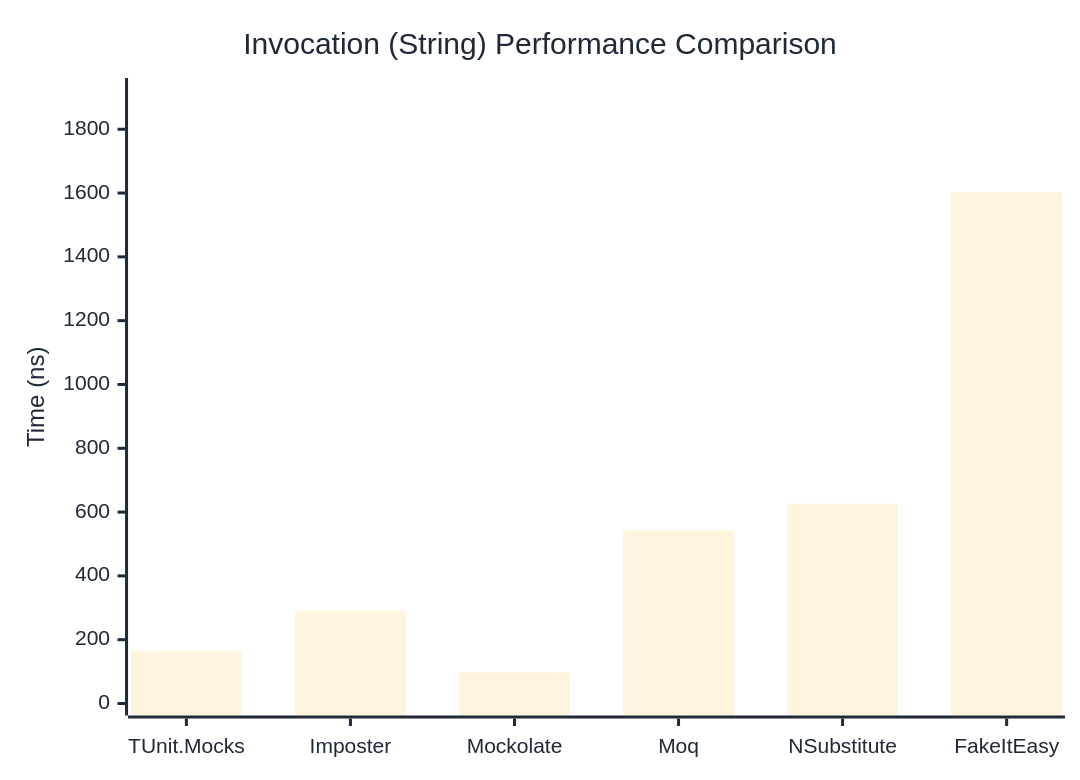
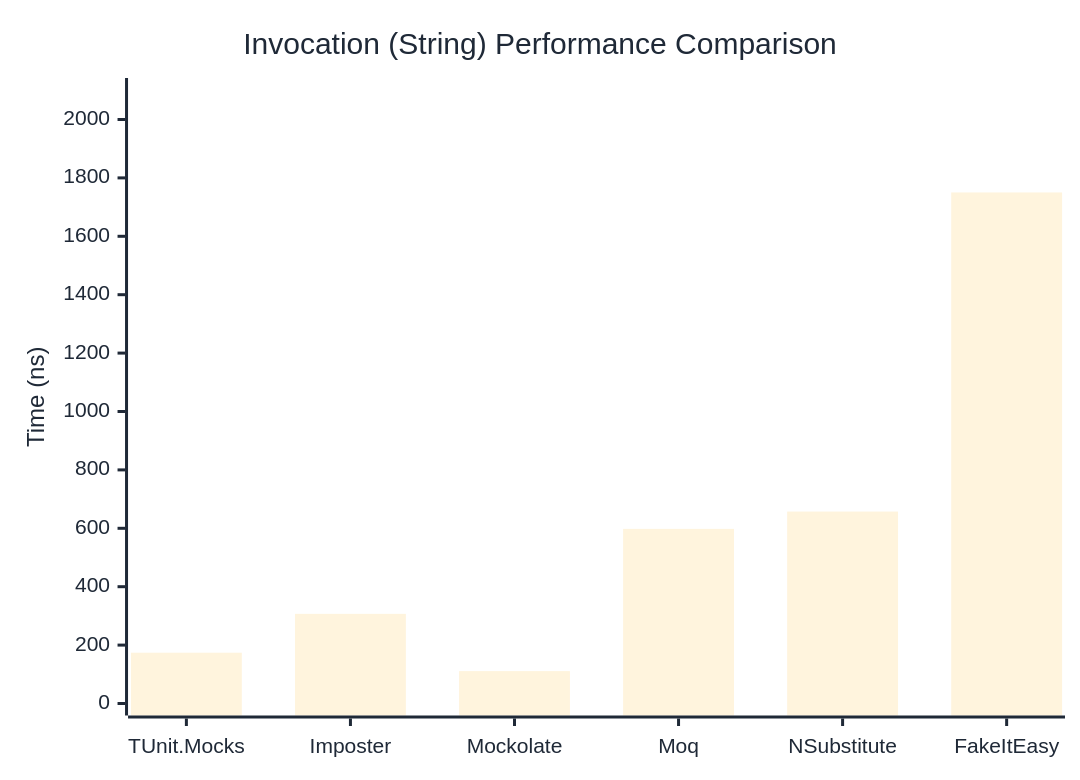
One commit to thomhurst/TUnit changed the second of 3 diagrams in docs/docs/benchmarks/mocks/Invocation.md. Above: the diagram before and after it, drawn with Mermaid. The commit also changed other lines of this file and 14 other files, not shown here.

````diff
--- a/docs/docs/benchmarks/mocks/Invocation.md
+++ b/docs/docs/benchmarks/mocks/Invocation.md
@@ -71,27 +71,27 @@
 ```mermaid
 %%{init: {
   'theme':'base',
   'themeVariables': {
     'primaryColor': '#2563eb',
     'primaryTextColor': '#1f2937',
     'primaryBorderColor': '#1e40af',
     'lineColor': '#6b7280',
     'secondaryColor': '#7c3aed',
     'tertiaryColor': '#dc2626',
     'background': '#ffffff',
     'pie1': '#2563eb',
     'pie2': '#7c3aed',
     'pie3': '#dc2626',
     'pie4': '#f59e0b',
     'pie5': '#10b981',
     'pie6': '#06b6d4',
     'pie7': '#ec4899',
     'pie8': '#6366f1'
   }
 }}%%
 xychart-beta
   title "Invocation (String) Performance Comparison"
   x-axis ["TUnit.Mocks", "Imposter", "Mockolate", "Moq", "NSubstitute", "FakeItEasy"]
-  y-axis "Time (ns)" 0 --> 1923
-  bar [164.26, 291.19, 96.95, 543.18, 626.51, 1601.87]
+  y-axis "Time (ns)" 0 --> 2101
+  bar [174, 307, 110.9, 598, 657.3, 1750.2]
 ```
````
